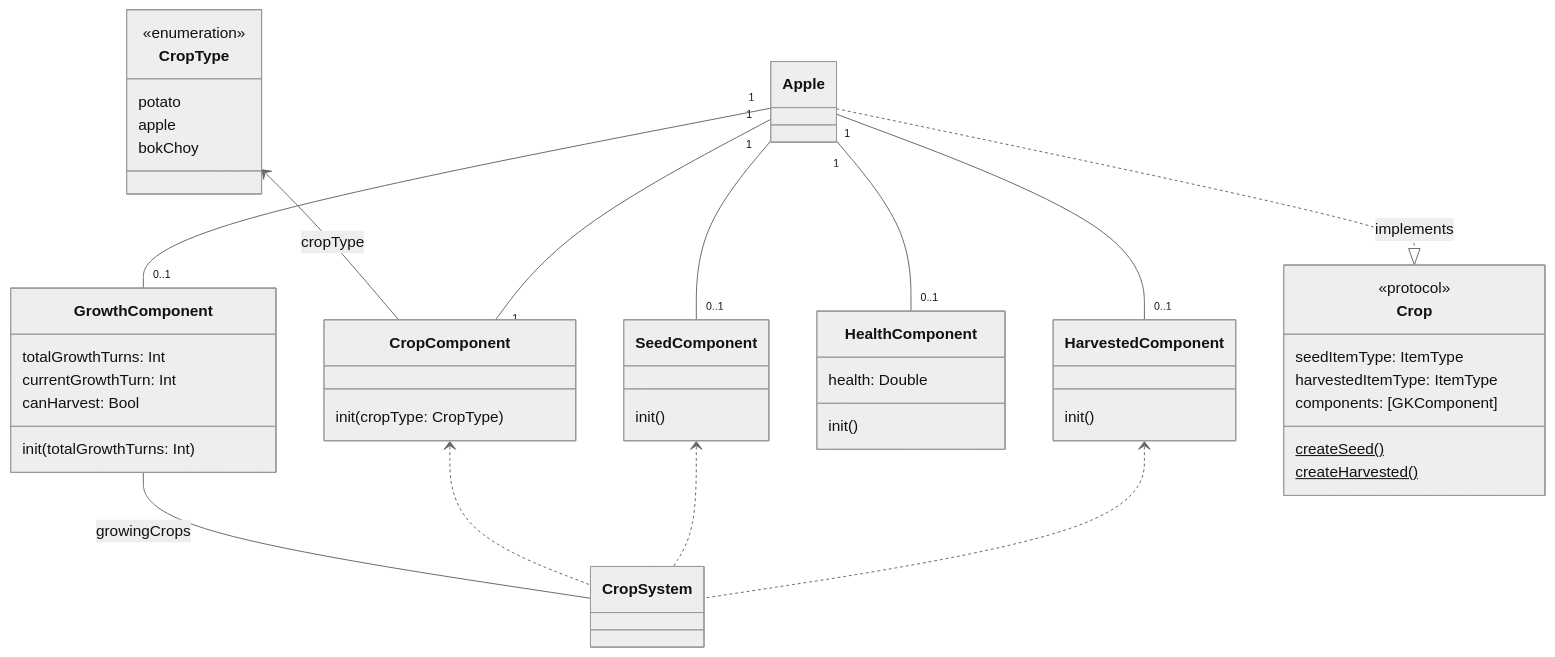
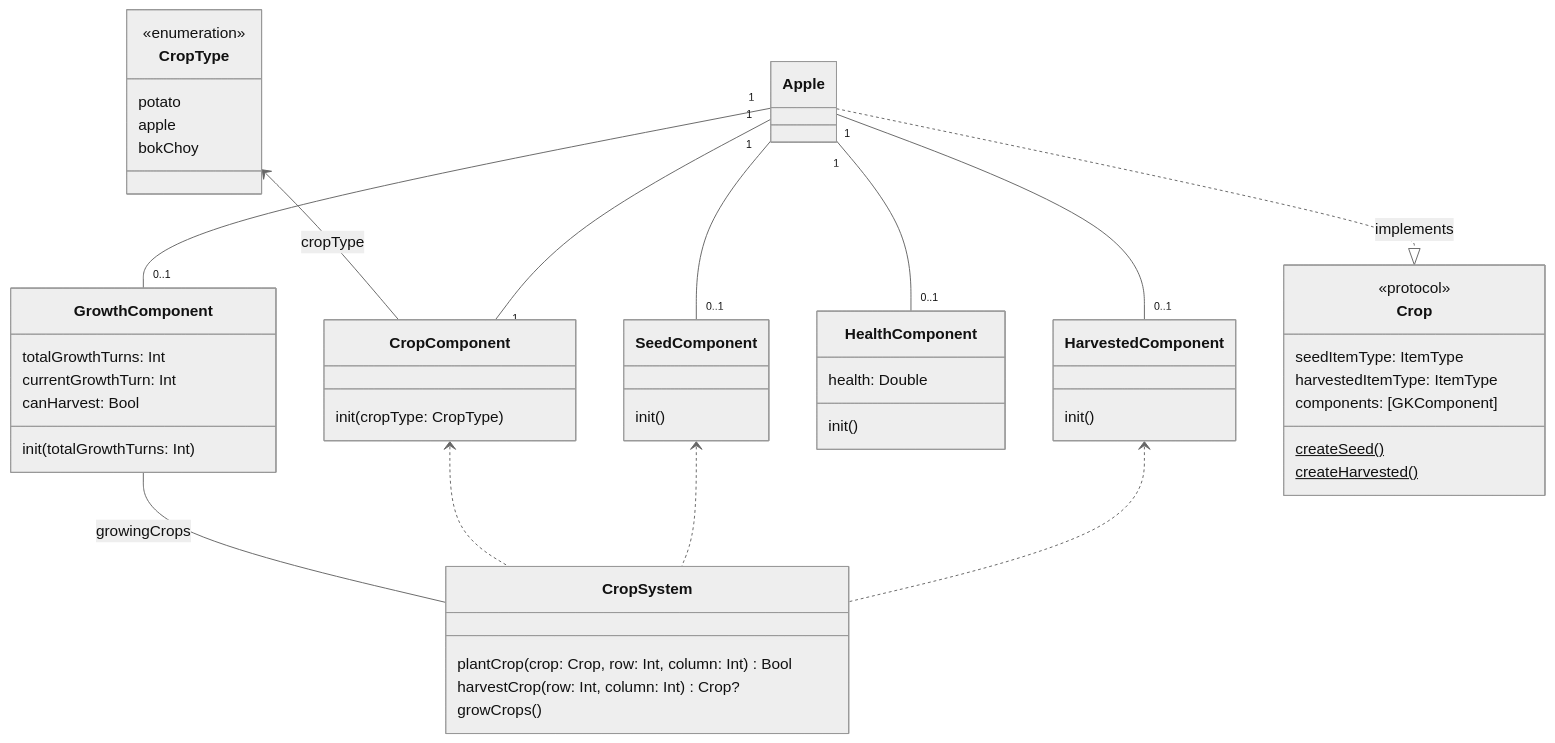
Before and after one commit to Ah-Leongs-Farm/mermaid-diagrams: the diagram in sprint2/crops-ecs.mmd, drawn with Mermaid (neutral theme). The commit also changed 1 other file, not shown here.

Commit message:
Update diagram

```diff
--- a/sprint2/crops-ecs.mmd
+++ b/sprint2/crops-ecs.mmd
@@ -1,56 +1,60 @@
 classDiagram
   class CropType {
     <<enumeration>>
     potato
     apple
     bokChoy
   }
 
   class CropComponent {
     init(cropType: CropType)
   }
 
   class GrowthComponent {
     totalGrowthTurns: Int
     currentGrowthTurn: Int
     canHarvest: Bool
     init(totalGrowthTurns: Int)
   }
 
   class HarvestedComponent {
     init()
   }
 
   class HealthComponent {
     health: Double
     init()
   }
 
   class SeedComponent {
     init()
   }
 
   class Crop {
     <<protocol>>
     seedItemType: ItemType
     harvestedItemType: ItemType
     components: [GKComponent]
     createSeed()$
     createHarvested()$
   }
 
   class Apple
 
-  class CropSystem
+  class CropSystem {
+    plantCrop(crop: Crop, row: Int, column: Int) Bool
+    harvestCrop(row: Int, column: Int) Crop?
+    growCrops()
+  }
 
   CropType <-- CropComponent: cropType
   Apple ..|> Crop: implements
   Apple "1" -- "0..1" HarvestedComponent
   Apple "1" -- "0..1" SeedComponent
   Apple "1" -- "0..1" HealthComponent
   Apple "1" -- "0..1" GrowthComponent
   Apple "1" -- "1" CropComponent
   GrowthComponent -- CropSystem: growingCrops
   CropComponent <.. CropSystem
   SeedComponent <.. CropSystem
   HarvestedComponent <.. CropSystem
```
